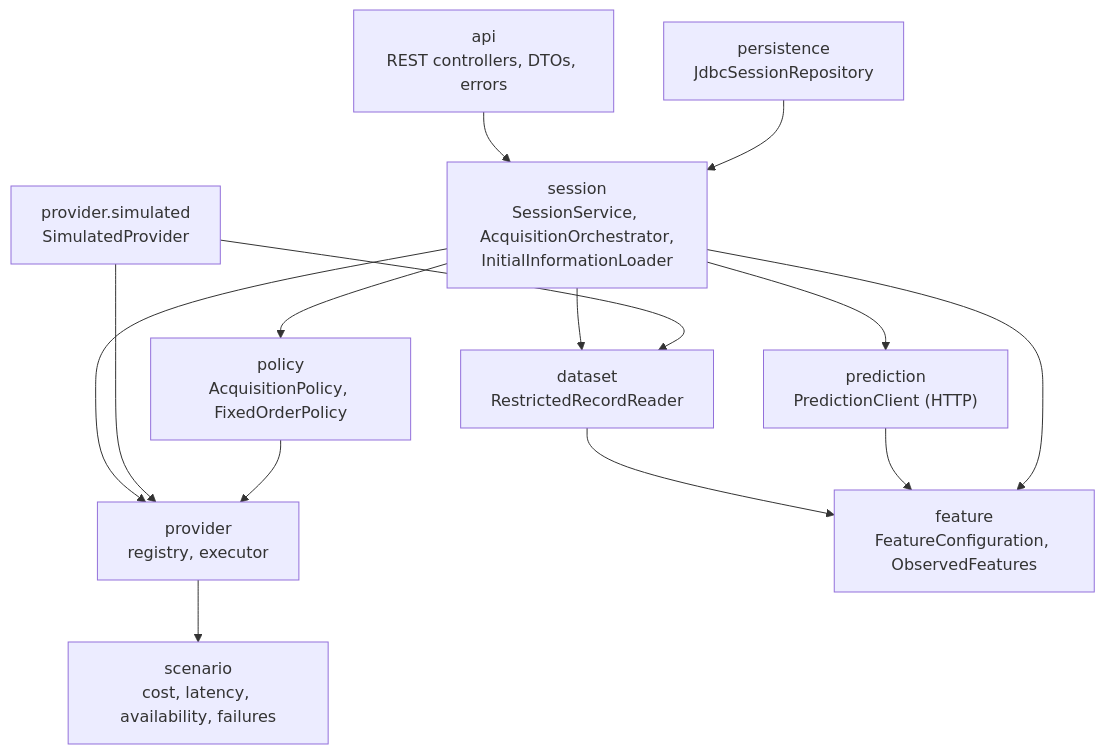
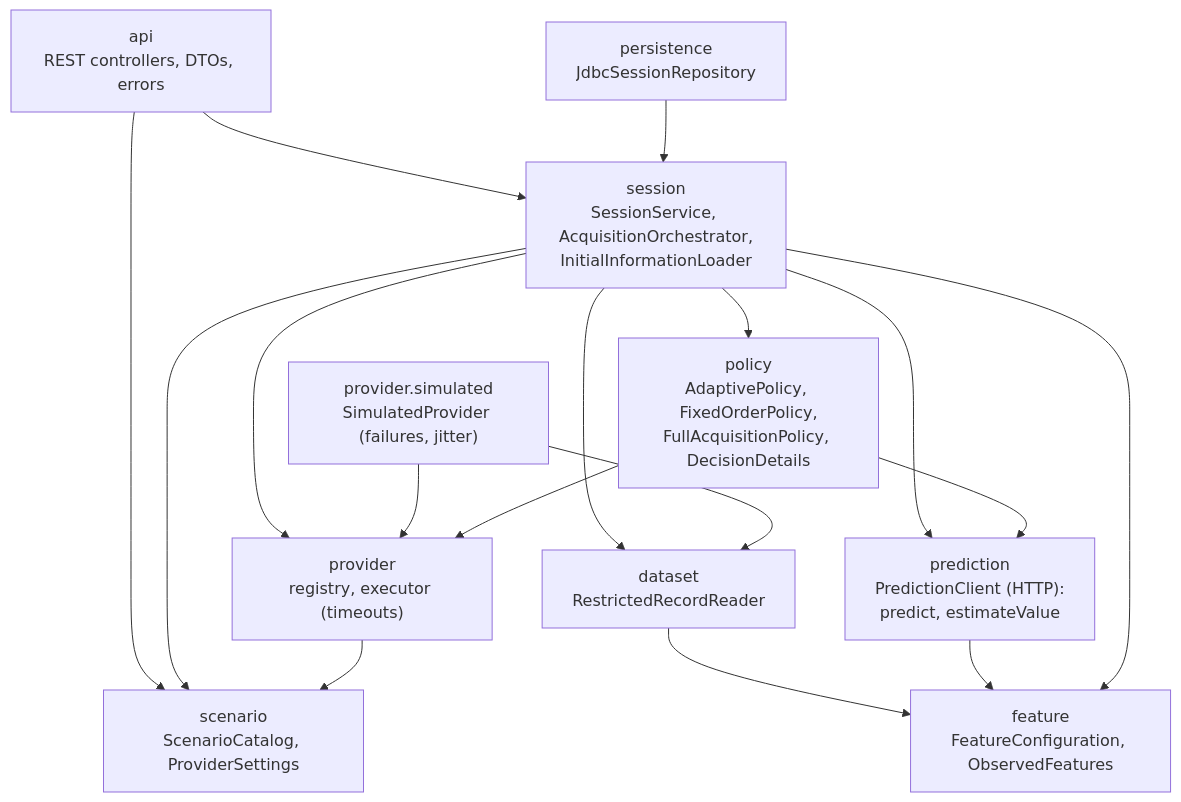
One commit to KseniiaMakarova/provider-aware-acquisition changed the third of 8 diagrams in docs/architecture.md. Above: the diagram before and after it, drawn with Mermaid. The commit also changed other lines of this file and 3 other files, not shown here.

````diff
--- a/docs/architecture.md
+++ b/docs/architecture.md
@@ -71,26 +72,29 @@
 ```mermaid
 flowchart TB
     API["api<br/>REST controllers, DTOs, errors"]
     SES["session<br/>SessionService, AcquisitionOrchestrator,<br/>InitialInformationLoader"]
-    POL["policy<br/>AcquisitionPolicy, FixedOrderPolicy"]
-    PRV["provider<br/>registry, executor"]
-    SIM["provider.simulated<br/>SimulatedProvider"]
-    SCN["scenario<br/>cost, latency, availability, failures"]
-    PRED["prediction<br/>PredictionClient (HTTP)"]
+    POL["policy<br/>AdaptivePolicy, FixedOrderPolicy,<br/>FullAcquisitionPolicy, DecisionDetails"]
+    PRV["provider<br/>registry, executor (timeouts)"]
+    SIM["provider.simulated<br/>SimulatedProvider (failures, jitter)"]
+    SCN["scenario<br/>ScenarioCatalog, ProviderSettings"]
+    PRED["prediction<br/>PredictionClient (HTTP):<br/>predict, estimateValue"]
     DS["dataset<br/>RestrictedRecordReader"]
     FEAT["feature<br/>FeatureConfiguration, ObservedFeatures"]
     PER["persistence<br/>JdbcSessionRepository"]
     API --> SES
+    API --> SCN
     SES --> POL
     SES --> PRV
     SES --> PRED
+    SES --> SCN
     SES --> DS
     PER --> SES
     PRV --> SCN
     SIM --> PRV
     SIM --> DS
     POL --> PRV
+    POL --> PRED
     DS --> FEAT
     PRED --> FEAT
     SES --> FEAT
 ```
````
